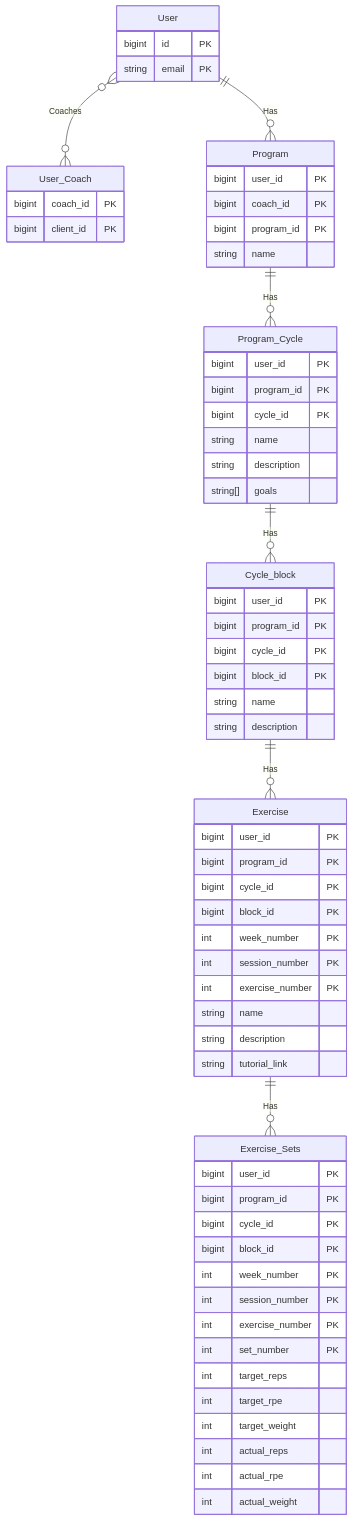
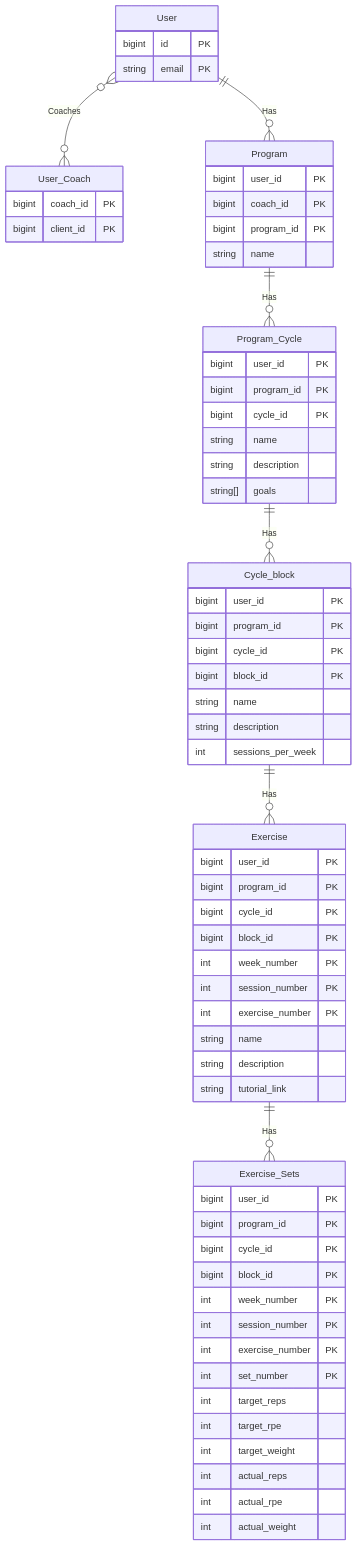
The diagram in dbSchema.mermaid (ConnorHall938/PwrProgram), drawn with Mermaid before and after one commit. The commit also changed 7 other files, not shown here.

````diff
--- a/dbSchema.mermaid
+++ b/dbSchema.mermaid
@@ -1,76 +1,77 @@
 ```mermaid
 erDiagram
     User{
         bigint id PK
         string email PK
     }
 
     User_Coach{
         bigint coach_id PK
         bigint client_id PK
     }
 
     Program{
         bigint user_id PK
         bigint coach_id PK
         bigint program_id PK
         string name
     }
 
     Program_Cycle{
         bigint user_id PK
         bigint program_id PK
         bigint cycle_id PK
         string name
         string description
         string[] goals
     }
 
     Cycle_block{
         bigint user_id PK
         bigint program_id PK
         bigint cycle_id PK
         bigint block_id PK
         string name
         string description
+        int sessions_per_week
     }
 
     Exercise{
         bigint user_id PK
         bigint program_id PK
         bigint cycle_id PK
         bigint block_id PK
         int week_number PK
         int session_number PK
         int exercise_number PK
         string name
         string description
         string tutorial_link
     }
 
     Exercise_Sets{
         bigint user_id PK
         bigint program_id PK
         bigint cycle_id PK
         bigint block_id PK
         int week_number PK
         int session_number PK
         int exercise_number PK
         int set_number PK
 
         int target_reps
         int target_rpe
         int target_weight
         int actual_reps
         int actual_rpe
         int actual_weight
     }
 
     User }o--o{ User_Coach: "Coaches"
     User ||--o{ Program : "Has"
 
     Program ||--o{ Program_Cycle : "Has"
     Program_Cycle ||--o{ Cycle_block : "Has"
     Cycle_block ||--o{ Exercise : "Has"
     Exercise ||--o{ Exercise_Sets : "Has"
 ```
````
